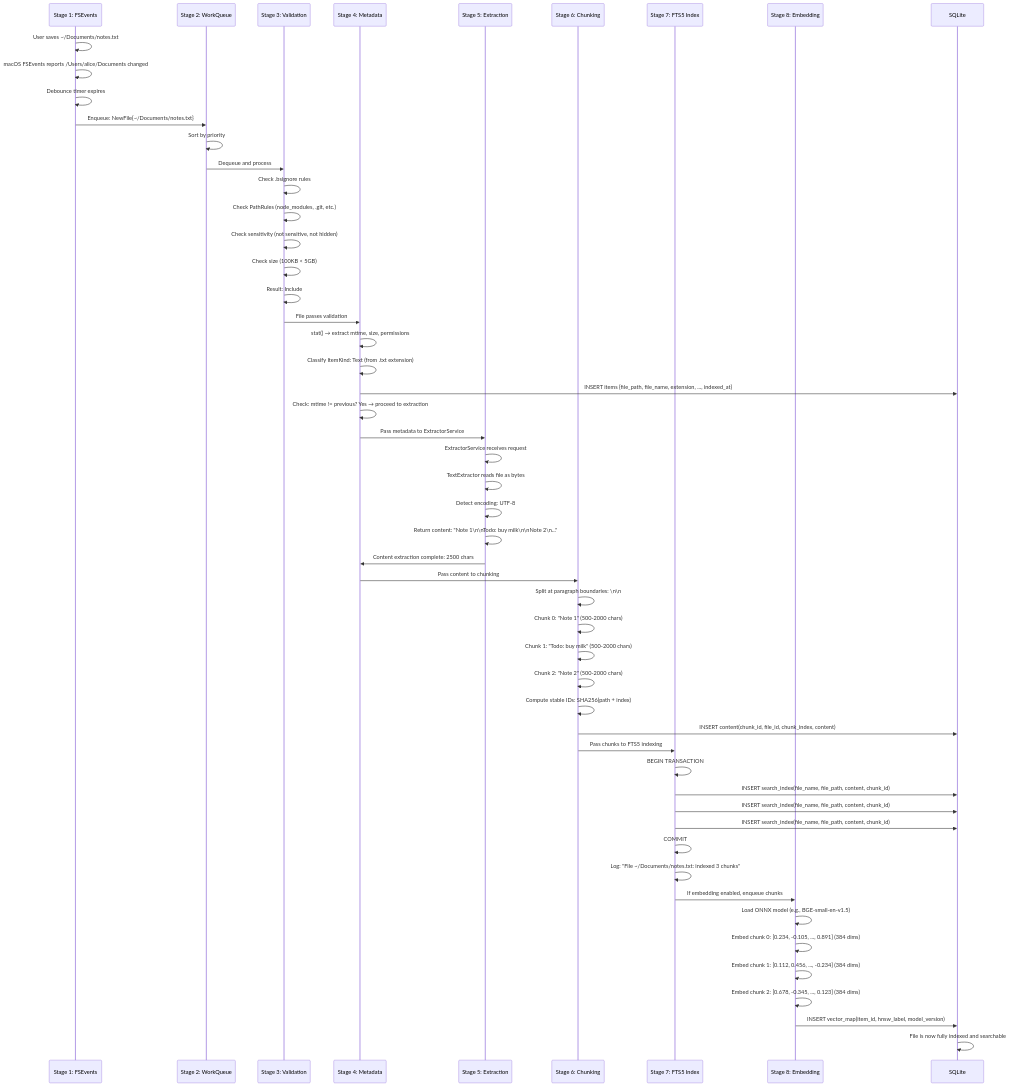
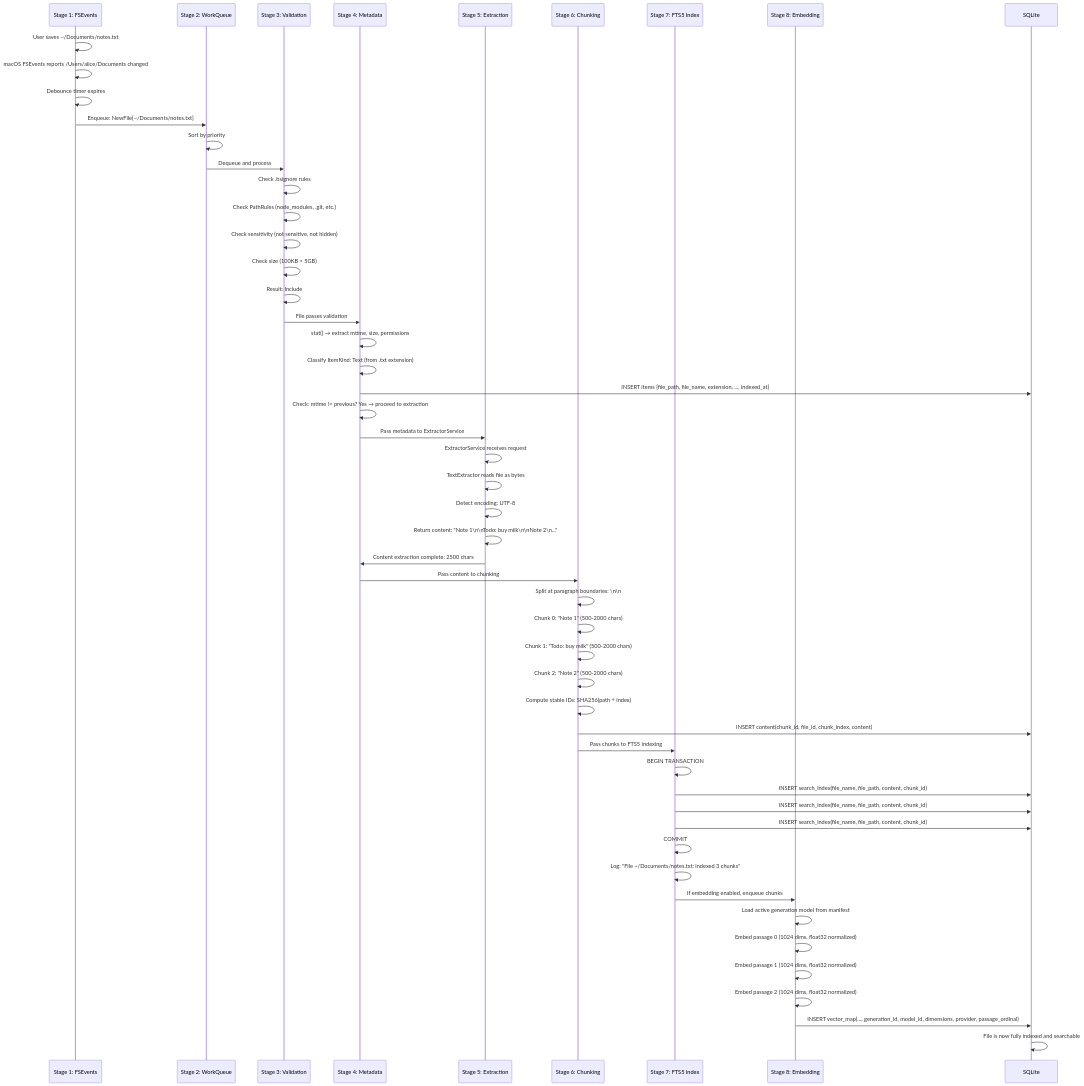
One commit to theroutercompany/betterspotlight changed the diagram in docs/foundation/indexing-pipeline.md. Above: the diagram before and after it, drawn with Mermaid. The commit also changed other lines of this file and 6 other files, not shown here.

Commit message:
docs(semantic): align architecture, ops, and audit evidence to v2 stack

````diff
--- a/docs/foundation/indexing-pipeline.md
+++ b/docs/foundation/indexing-pipeline.md
@@ -940,69 +960,69 @@
 ```mermaid
 sequenceDiagram
     participant FSEvents as Stage 1: FSEvents
     participant Queue as Stage 2: WorkQueue
     participant Validate as Stage 3: Validation
     participant Meta as Stage 4: Metadata
     participant Extract as Stage 5: Extraction
     participant Chunk as Stage 6: Chunking
     participant FTS5 as Stage 7: FTS5 Index
     participant Embed as Stage 8: Embedding
     participant DB as SQLite
 
     FSEvents->>FSEvents: User saves ~/Documents/notes.txt
     FSEvents->>FSEvents: macOS FSEvents reports /Users/alice/Documents changed
     FSEvents->>FSEvents: Debounce timer expires
     FSEvents->>Queue: Enqueue: NewFile{~/Documents/notes.txt}
 
     Queue->>Queue: Sort by priority
     Queue->>Validate: Dequeue and process
 
     Validate->>Validate: Check .bsignore rules
     Validate->>Validate: Check PathRules (node_modules, .git, etc.)
     Validate->>Validate: Check sensitivity (not sensitive, not hidden)
     Validate->>Validate: Check size (100KB < 5GB)
     Validate->>Validate: Result: Include
 
     Validate->>Meta: File passes validation
 
     Meta->>Meta: stat() → extract mtime, size, permissions
     Meta->>Meta: Classify ItemKind: Text (from .txt extension)
     Meta->>DB: INSERT items {file_path, file_name, extension, ..., indexed_at}
     Meta->>Meta: Check: mtime != previous? Yes → proceed to extraction
 
     Meta->>Extract: Pass metadata to ExtractorService
 
     Extract->>Extract: ExtractorService receives request
     Extract->>Extract: TextExtractor reads file as bytes
     Extract->>Extract: Detect encoding: UTF-8
     Extract->>Extract: Return content: "Note 1\n\nTodo: buy milk\n\nNote 2\n..."
     Extract->>Meta: Content extraction complete: 2500 chars
 
     Meta->>Chunk: Pass content to chunking
 
     Chunk->>Chunk: Split at paragraph boundaries: \n\n
     Chunk->>Chunk: Chunk 0: "Note 1" (500-2000 chars)
     Chunk->>Chunk: Chunk 1: "Todo: buy milk" (500-2000 chars)
     Chunk->>Chunk: Chunk 2: "Note 2" (500-2000 chars)
     Chunk->>Chunk: Compute stable IDs: SHA256(path + index)
     Chunk->>DB: INSERT content(chunk_id, file_id, chunk_index, content)
 
     Chunk->>FTS5: Pass chunks to FTS5 indexing
 
     FTS5->>FTS5: BEGIN TRANSACTION
     FTS5->>DB: INSERT search_index(file_name, file_path, content, chunk_id)
     FTS5->>DB: INSERT search_index(file_name, file_path, content, chunk_id)
     FTS5->>DB: INSERT search_index(file_name, file_path, content, chunk_id)
     FTS5->>FTS5: COMMIT
     FTS5->>FTS5: Log: "File ~/Documents/notes.txt: indexed 3 chunks"
 
     FTS5->>Embed: If embedding enabled, enqueue chunks
 
-    Embed->>Embed: Load ONNX model (e.g., BGE-small-en-v1.5)
-    Embed->>Embed: Embed chunk 0: [0.234, -0.105, ..., 0.891] (384 dims)
-    Embed->>Embed: Embed chunk 1: [0.112, 0.456, ..., -0.234] (384 dims)
-    Embed->>Embed: Embed chunk 2: [0.678, -0.345, ..., 0.123] (384 dims)
-    Embed->>DB: INSERT vector_map(item_id, hnsw_label, model_version)
+    Embed->>Embed: Load active generation model from manifest
+    Embed->>Embed: Embed passage 0 (1024 dims, float32 normalized)
+    Embed->>Embed: Embed passage 1 (1024 dims, float32 normalized)
+    Embed->>Embed: Embed passage 2 (1024 dims, float32 normalized)
+    Embed->>DB: INSERT vector_map(..., generation_id, model_id, dimensions, provider, passage_ordinal)
 
     DB->>DB: File is now fully indexed and searchable
 ```
````
